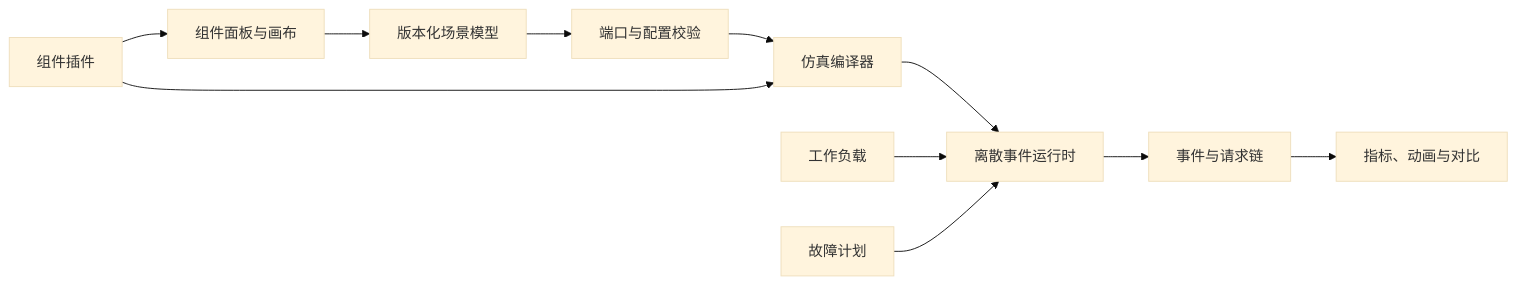
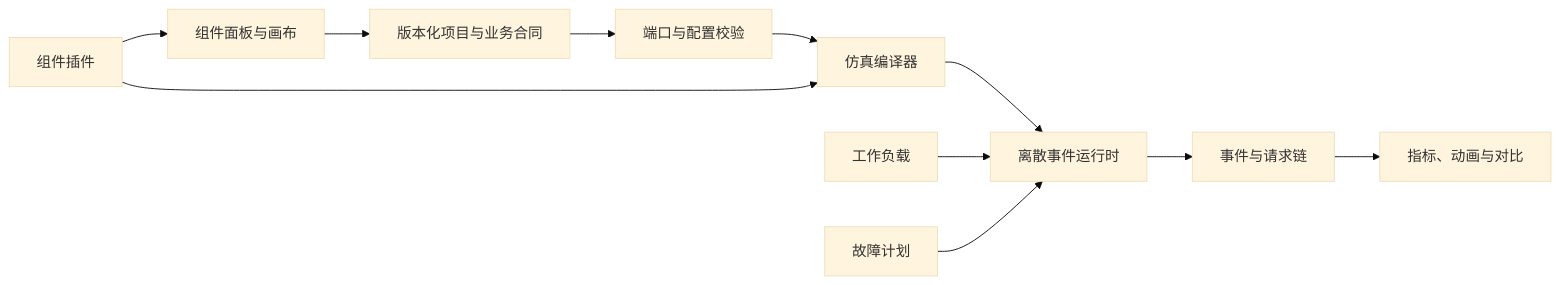
The diagram in README.md (wxs3109/System-design), drawn with Mermaid (base theme) before and after one commit. The commit also changed other lines of this file and 2 other files, not shown here.

````diff
--- a/README.md
+++ b/README.md
@@ -58,13 +58,13 @@
 ```mermaid
 flowchart LR
-    U[组件面板与画布] --> M[版本化场景模型]
+    U[组件面板与画布] --> M[版本化项目与业务合同]
     M --> V[端口与配置校验]
     V --> C[仿真编译器]
     C --> R[离散事件运行时]
     W[工作负载] --> R
     F[故障计划] --> R
     R --> E[事件与请求链]
     E --> O[指标、动画与对比]
     P[组件插件] --> U
     P --> C
 ```
````
